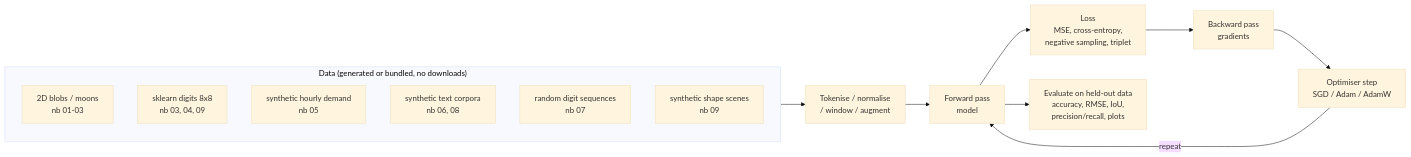
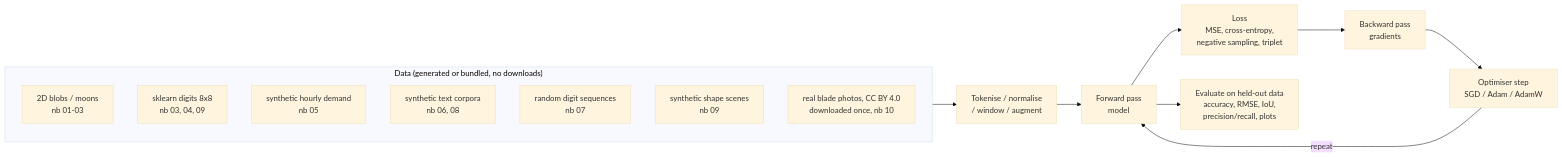
The first of 3 diagrams in neural-networks/README.md (fborbon/academy), drawn with Mermaid (base theme) before and after one commit. The commit also changed other lines of this file and 13 other files, not shown here.

````diff
--- a/neural-networks/README.md
+++ b/neural-networks/README.md
@@ -59,18 +66,19 @@
 ```mermaid
 flowchart LR
     subgraph Data["Data (generated or bundled, no downloads)"]
         D1[2D blobs / moons<br/>nb 01-03]
         D2[sklearn digits 8x8<br/>nb 03, 04, 09]
         D3[synthetic hourly demand<br/>nb 05]
         D4[synthetic text corpora<br/>nb 06, 08]
         D5[random digit sequences<br/>nb 07]
         D6[synthetic shape scenes<br/>nb 09]
+        D7[real blade photos, CC BY 4.0<br/>downloaded once, nb 10]
     end
     Data --> T[Tokenise / normalise<br/>/ window / augment]
     T --> F[Forward pass<br/>model]
     F --> L[Loss<br/>MSE, cross-entropy,<br/>negative sampling, triplet]
     L --> B[Backward pass<br/>gradients]
     B --> O[Optimiser step<br/>SGD / Adam / AdamW]
     O -->|repeat| F
     F --> E[Evaluate on held-out data<br/>accuracy, RMSE, IoU,<br/>precision/recall, plots]
 ```
````
